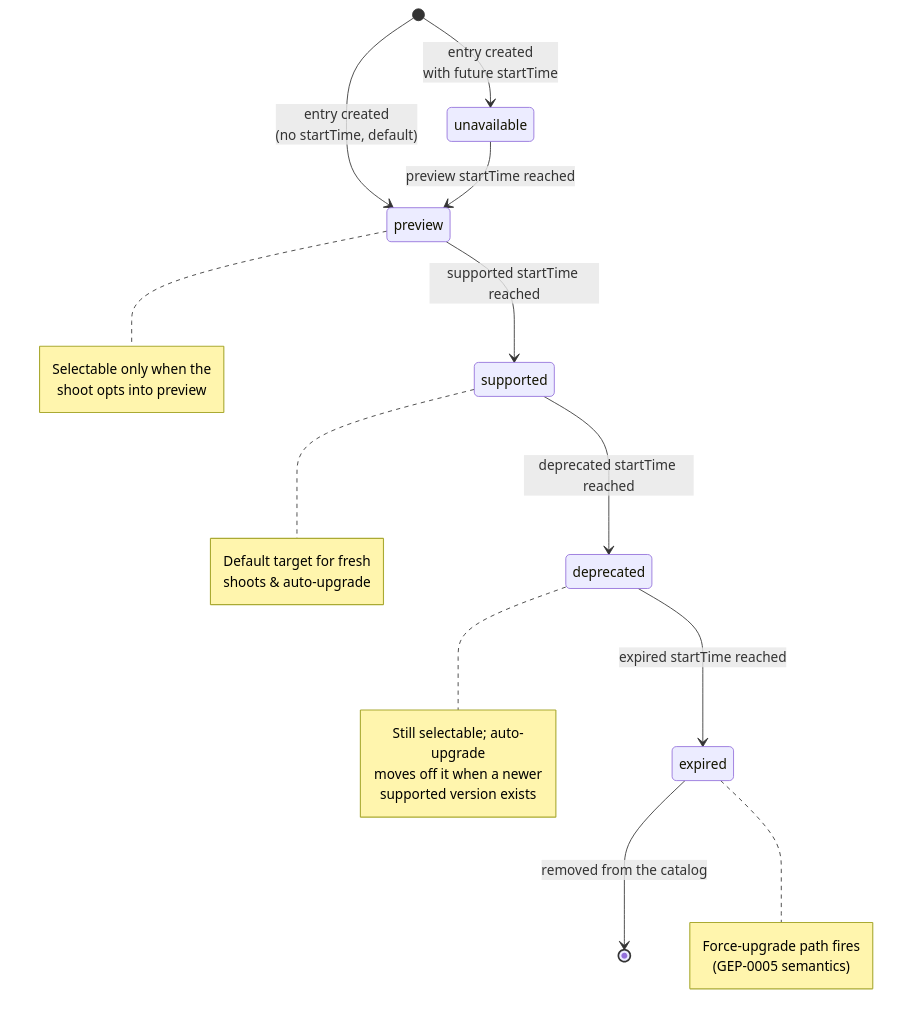
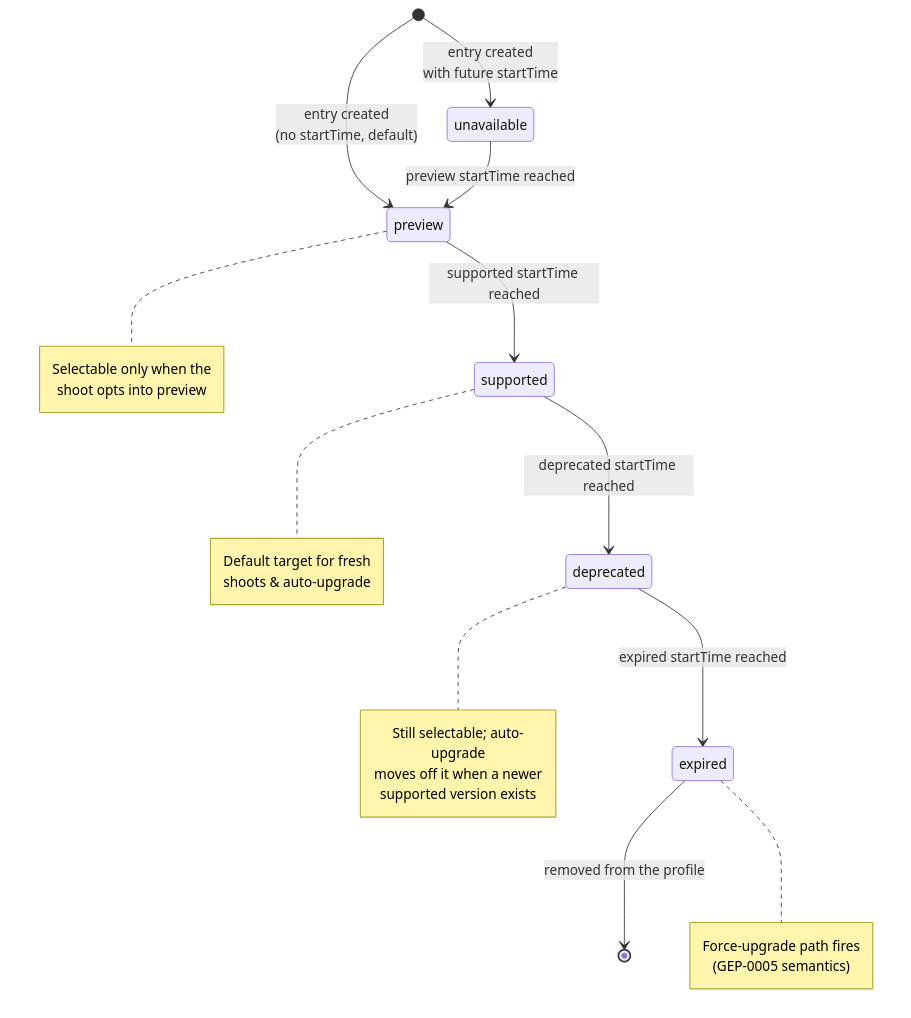
The diagram in geps/0078-extension-profile/lifecycle.mmd (DockToFuture/enhancements), drawn with Mermaid before and after one commit. The commit also changed 4 other files, not shown here.

```diff
--- a/geps/0078-extension-profile/lifecycle.mmd
+++ b/geps/0078-extension-profile/lifecycle.mmd
@@ -1,27 +1,27 @@
 %%{init: {'theme': 'default', 'themeVariables': {'background': '#ffffff'}}}%%
 stateDiagram-v2
   [*] --> unavailable: entry created<br/>with future startTime
   [*] --> preview: entry created<br/>(no startTime, default)
   unavailable --> preview: preview startTime reached
   preview --> supported: supported startTime reached
   supported --> deprecated: deprecated startTime reached
   deprecated --> expired: expired startTime reached
-  expired --> [*]: removed from the catalog
+  expired --> [*]: removed from the profile
 
   note right of preview
     Selectable only when the
     shoot opts into preview
   end note
   note right of supported
     Default target for fresh
     shoots &amp; auto-upgrade
   end note
   note right of deprecated
     Still selectable; auto-upgrade
     moves off it when a newer
     supported version exists
   end note
   note right of expired
     Force-upgrade path fires
     (GEP-0005 semantics)
   end note
```
